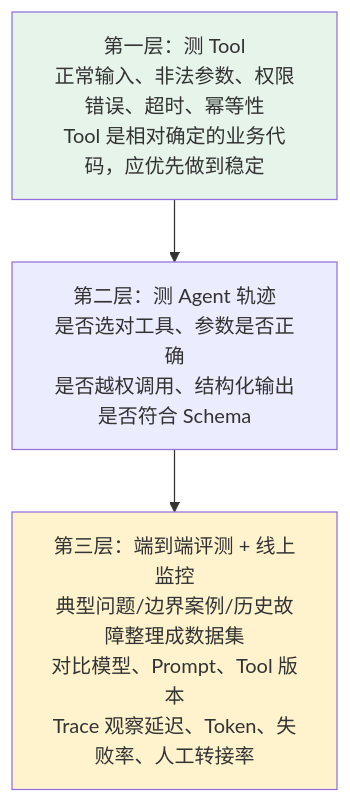
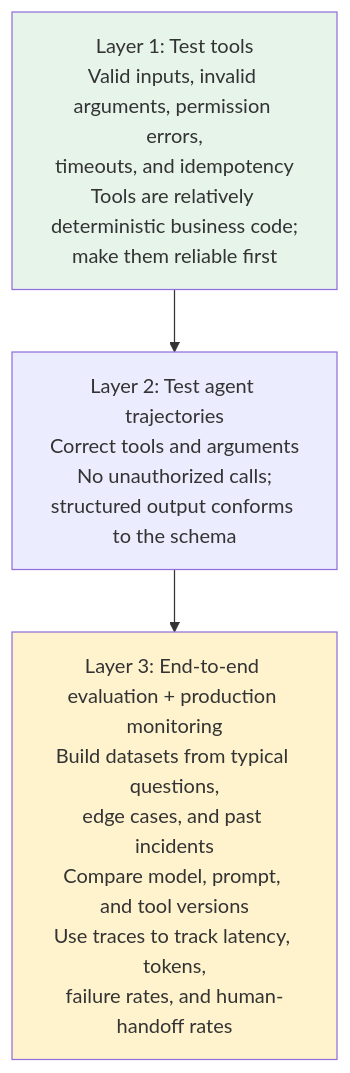
Before and after one commit to oneleaveknowsthefall/awesome-ai-roadmap: the third of 3 diagrams in docs/frameworks/01-langchain/02-agent-building/04-build-agent.md, drawn with Mermaid. The commit also changed other lines of this file and 70 other files, not shown here.

````diff
--- a/docs/frameworks/01-langchain/02-agent-building/04-build-agent.md
+++ b/docs/frameworks/01-langchain/02-agent-building/04-build-agent.md
@@ -226,10 +230,10 @@
 ```mermaid
 flowchart TB
-    L1["第一层：测 Tool<br/>正常输入、非法参数、权限错误、超时、幂等性<br/>Tool 是相对确定的业务代码，应优先做到稳定"]
-    L2["第二层：测 Agent 轨迹<br/>是否选对工具、参数是否正确<br/>是否越权调用、结构化输出是否符合 Schema"]
-    L3["第三层：端到端评测 + 线上监控<br/>典型问题/边界案例/历史故障整理成数据集<br/>对比模型、Prompt、Tool 版本<br/>Trace 观察延迟、Token、失败率、人工转接率"]
+    L1["Layer 1: Test tools<br/>Valid inputs, invalid arguments, permission errors,<br/>timeouts, and idempotency<br/>Tools are relatively deterministic business code;<br/>make them reliable first"]
+    L2["Layer 2: Test agent trajectories<br/>Correct tools and arguments<br/>No unauthorized calls;<br/>structured output conforms to the schema"]
+    L3["Layer 3: End-to-end evaluation + production monitoring<br/>Build datasets from typical questions,<br/>edge cases, and past incidents<br/>Compare model, prompt, and tool versions<br/>Use traces to track latency, tokens,<br/>failure rates, and human-handoff rates"]
     L1 --> L2 --> L3
 
     style L1 fill:#e6f4ea
     style L3 fill:#fff3cd
 ```
````
